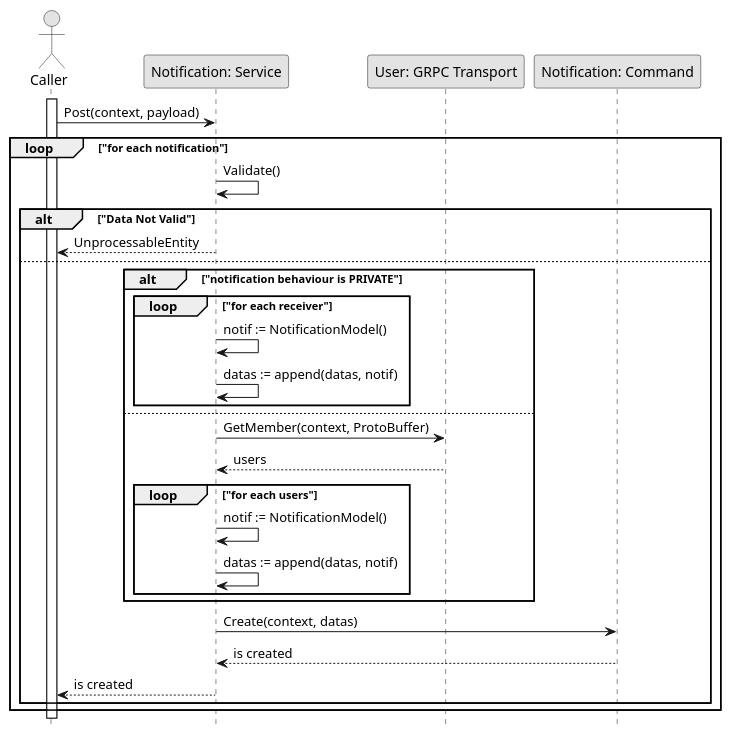
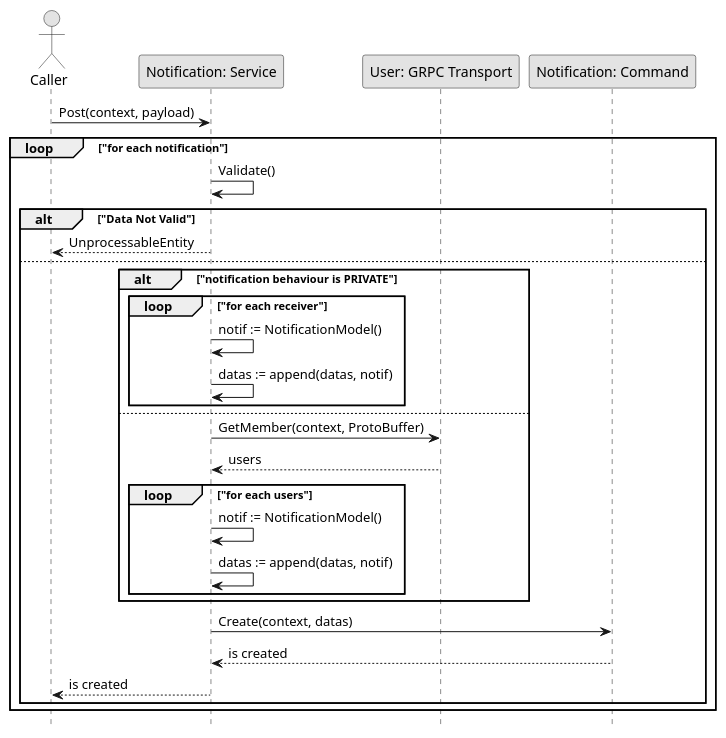
One commit to fwidjaya20/fazzlearning-uml changed the diagram in Sequence/Release04/PostNotification.wsd. Above: the diagram before and after it, drawn with PlantUML. The commit also changed 32 other files, not shown here.

Commit message:
fix(diagram): remove lifeline

```diff
--- a/Sequence/Release04/PostNotification.wsd
+++ b/Sequence/Release04/PostNotification.wsd
@@ -1,43 +1,41 @@
 @startuml PostNotification
 
 skinparam Monochrome true
 skinparam Shadowing false
 hide footbox
 
 actor "Caller" as Caller
 participant "Notification: Service" as NotificationService
 participant "User: GRPC Transport" as UserGRPCTransport
 participant "Notification: Command" as NotificationCommand
-
-activate Caller
 
 Caller->NotificationService: Post(context, payload)
 
 loop "for each notification"
     NotificationService->NotificationService: Validate()
 
     alt "Data Not Valid"
         NotificationService-->Caller: UnprocessableEntity
     else
         alt "notification behaviour is PRIVATE"
             loop "for each receiver"
                 NotificationService->NotificationService: notif := NotificationModel()
                 NotificationService->NotificationService: datas := append(datas, notif)
             end
         else
             NotificationService->UserGRPCTransport: GetMember(context, ProtoBuffer)
             UserGRPCTransport-->NotificationService: users
 
             loop "for each users"
                 NotificationService->NotificationService: notif := NotificationModel()
                 NotificationService->NotificationService: datas := append(datas, notif)
             end
         end
 
         NotificationService->NotificationCommand: Create(context, datas)
         NotificationCommand-->NotificationService: is created
         NotificationService-->Caller: is created
     end
 end
 
 @enduml
```
